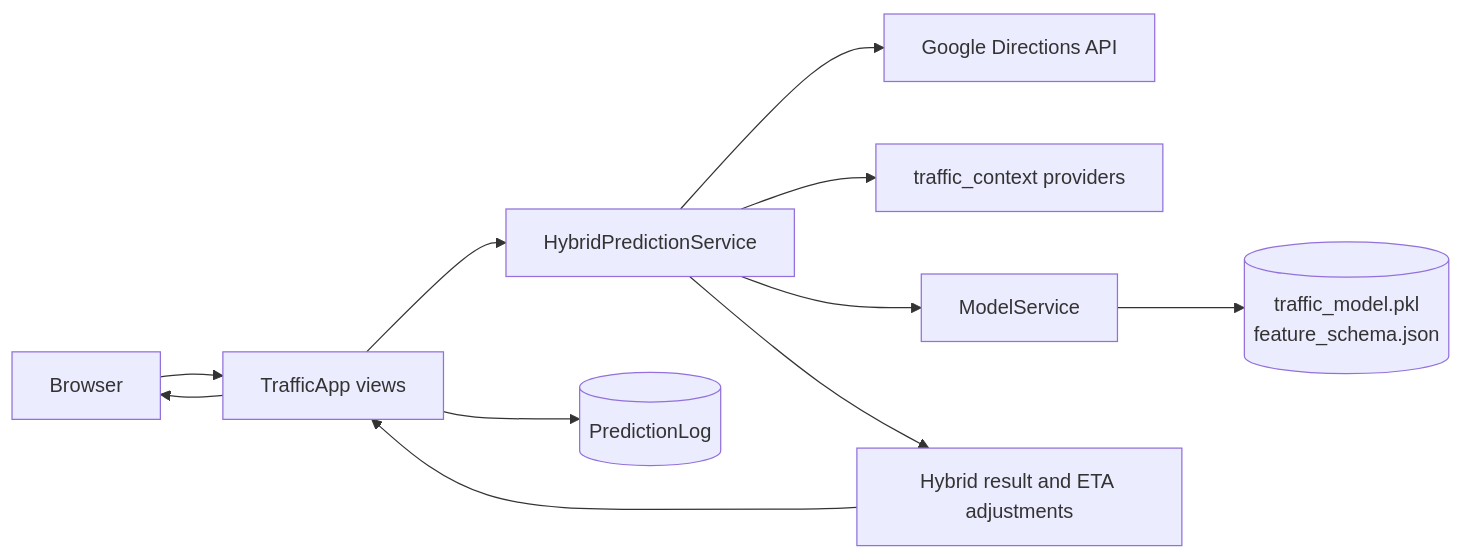
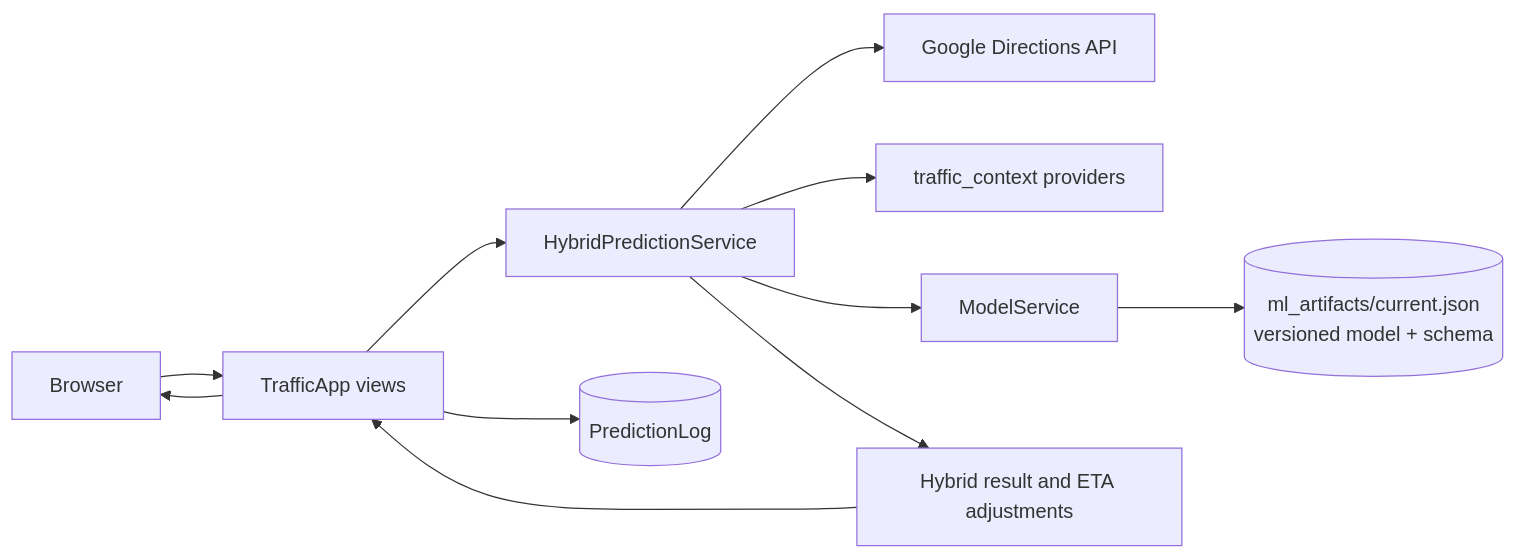
One commit to LACMAGO05/Intelligent-traffic-analysis-and-prediction-congestion-system changed the first of 2 diagrams in docs/ARCHITECTURE.md. Above: the diagram before and after it, drawn with Mermaid. The commit also changed 25 other files, not shown here.

````diff
--- a/docs/ARCHITECTURE.md
+++ b/docs/ARCHITECTURE.md
@@ -7,13 +7,13 @@
 ```mermaid
 flowchart LR
     Browser --> Django[TrafficApp views]
     Django --> Hybrid[HybridPredictionService]
     Hybrid --> Directions[Google Directions API]
     Hybrid --> Context[traffic_context providers]
     Hybrid --> Model[ModelService]
-    Model --> Files[(traffic_model.pkl<br/>feature_schema.json)]
+    Model --> Files[(ml_artifacts/current.json<br/>versioned model + schema)]
     Hybrid --> Result[Hybrid result and ETA adjustments]
     Result --> Django
     Django --> Logs[(PredictionLog)]
     Django --> Browser
 ```
````
